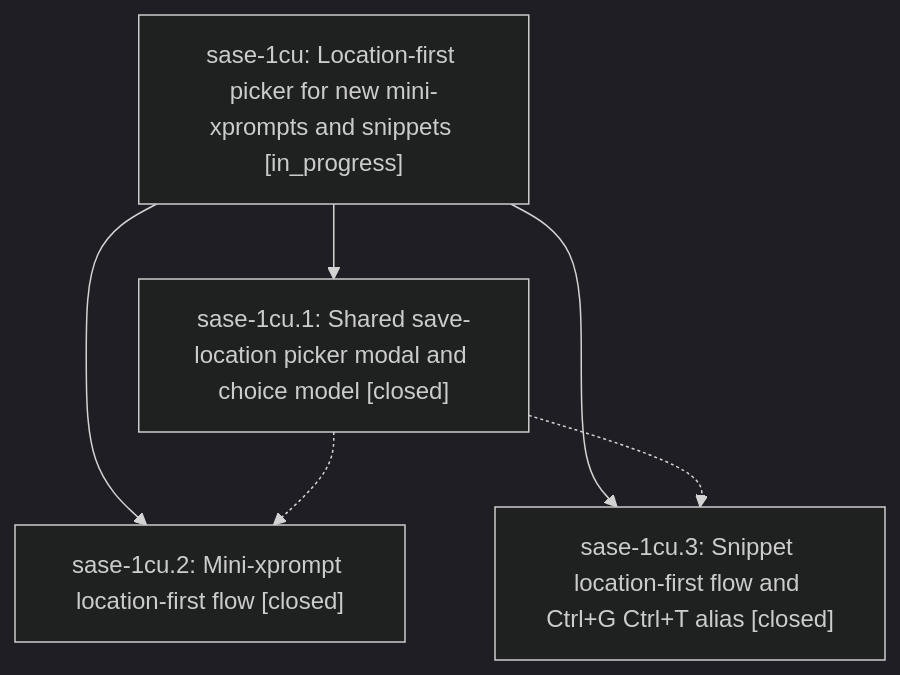
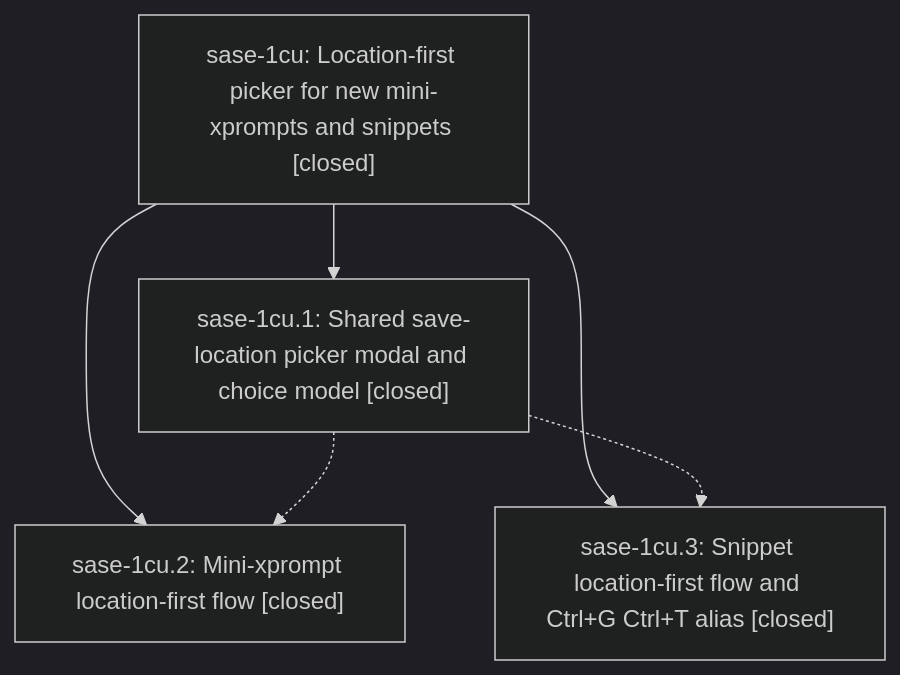
Before and after one commit to sase-org/sase--beads: the diagram in pages/sase-1cu/README.md, drawn with Mermaid (dark theme). The commit also changed other lines of this file and 1 other file, not shown here.

First line of the commit message:
chore(beads): sync bead state and pages for sase-1cu

````diff
--- a/pages/sase-1cu/README.md
+++ b/pages/sase-1cu/README.md
@@ -24,12 +30,12 @@
 ```mermaid
 flowchart TD
-    n0["sase-1cu: Location-first picker for new mini-xprompts and snippets [in_progress]"]
+    n0["sase-1cu: Location-first picker for new mini-xprompts and snippets [closed]"]
     n1["sase-1cu.1: Shared save-location picker modal and choice model [closed]"]
     n2["sase-1cu.2: Mini-xprompt location-first flow [closed]"]
     n3["sase-1cu.3: Snippet location-first flow and Ctrl+G Ctrl+T alias [closed]"]
     n0 --> n1
     n0 --> n2
     n0 --> n3
     n1 -.-> n2
     n1 -.-> n3
 ```
````
